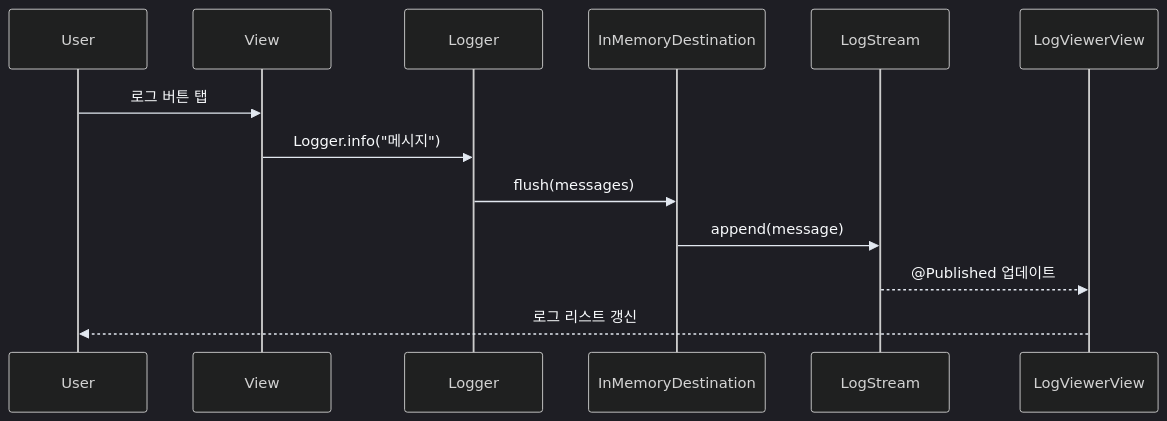
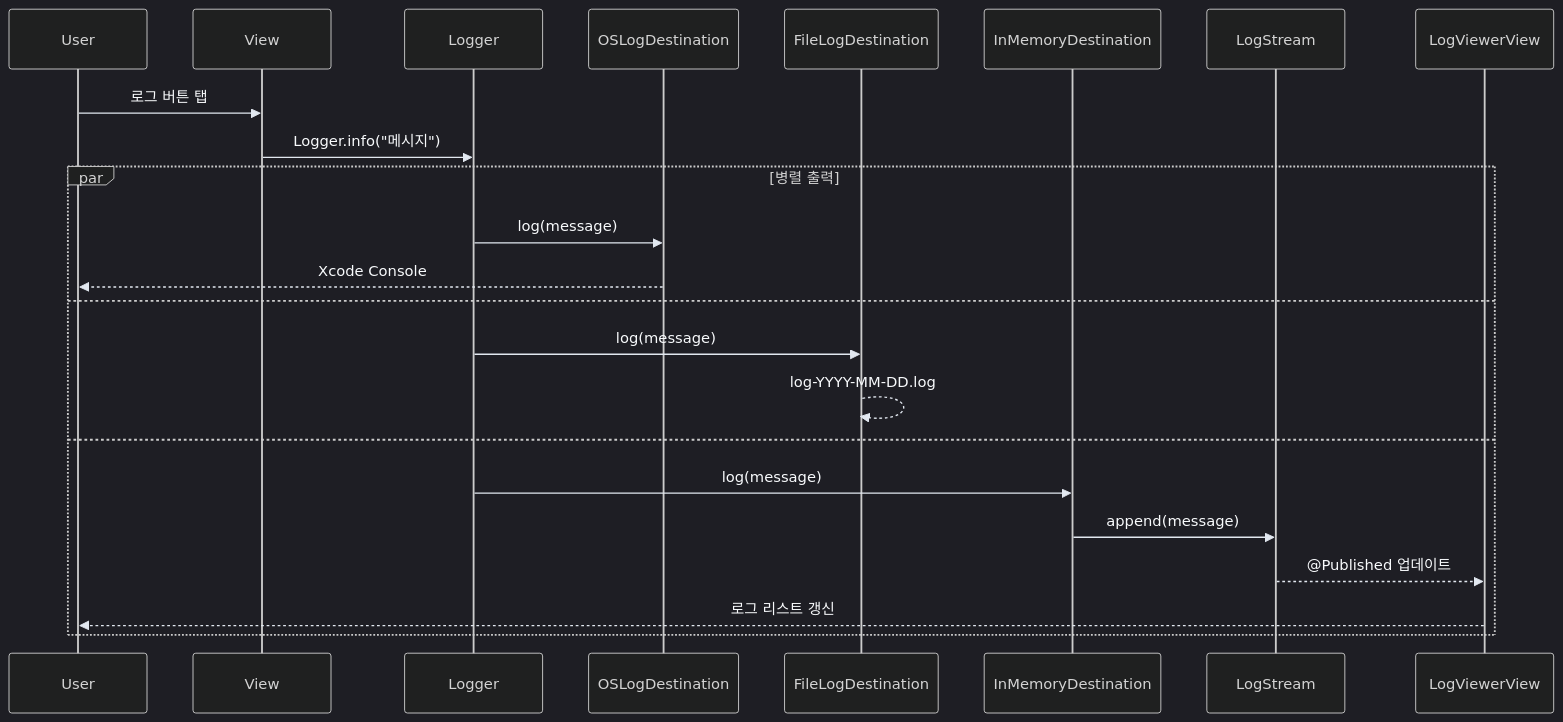
The diagram in Documents/07-데모-앱.md (Jimmy-Jung/Logger), drawn with Mermaid before and after one commit. The commit also changed other lines of this file, not shown here.

````diff
--- a/Documents/07-데모-앱.md
+++ b/Documents/07-데모-앱.md
@@ -151,17 +174,27 @@
 ```mermaid
 %%{init: {'theme': 'dark', 'themeVariables': {'signalColor': '#e2e8f0', 'signalTextColor': '#f8fafc'}}}%%
 sequenceDiagram
     participant User
     participant View
     participant Logger
+    participant OSLog as OSLogDestination
+    participant File as FileLogDestination
     participant InMemory as InMemoryDestination
     participant LogStream
     participant Viewer as LogViewerView
 
     User->>View: 로그 버튼 탭
     View->>Logger: Logger.info("메시지")
-    Logger->>InMemory: flush(messages)
-    InMemory->>LogStream: append(message)
-    LogStream-->>Viewer: @Published 업데이트
-    Viewer-->>User: 로그 리스트 갱신
+    par 병렬 출력
+        Logger->>OSLog: log(message)
+        OSLog-->>User: Xcode Console
+    and
+        Logger->>File: log(message)
+        File-->>File: log-YYYY-MM-DD.log
+    and
+        Logger->>InMemory: log(message)
+        InMemory->>LogStream: append(message)
+        LogStream-->>Viewer: @Published 업데이트
+        Viewer-->>User: 로그 리스트 갱신
+    end
 ```
````
